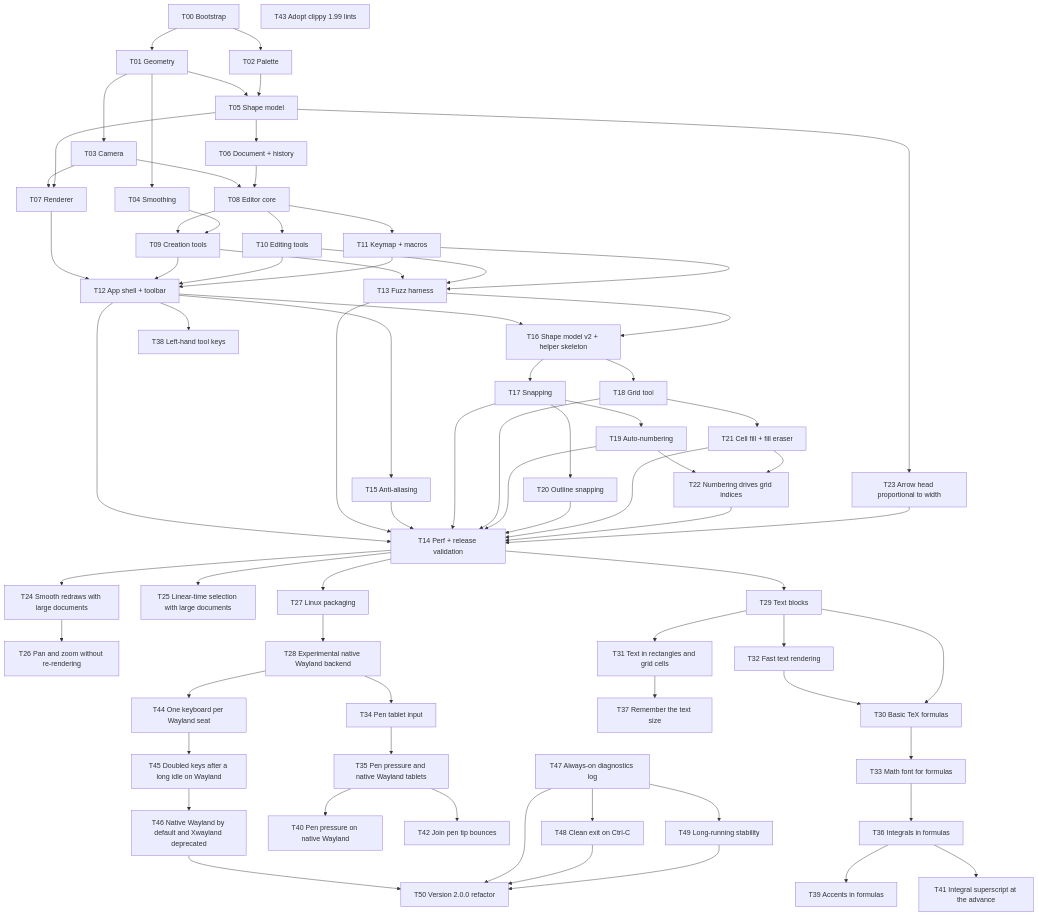
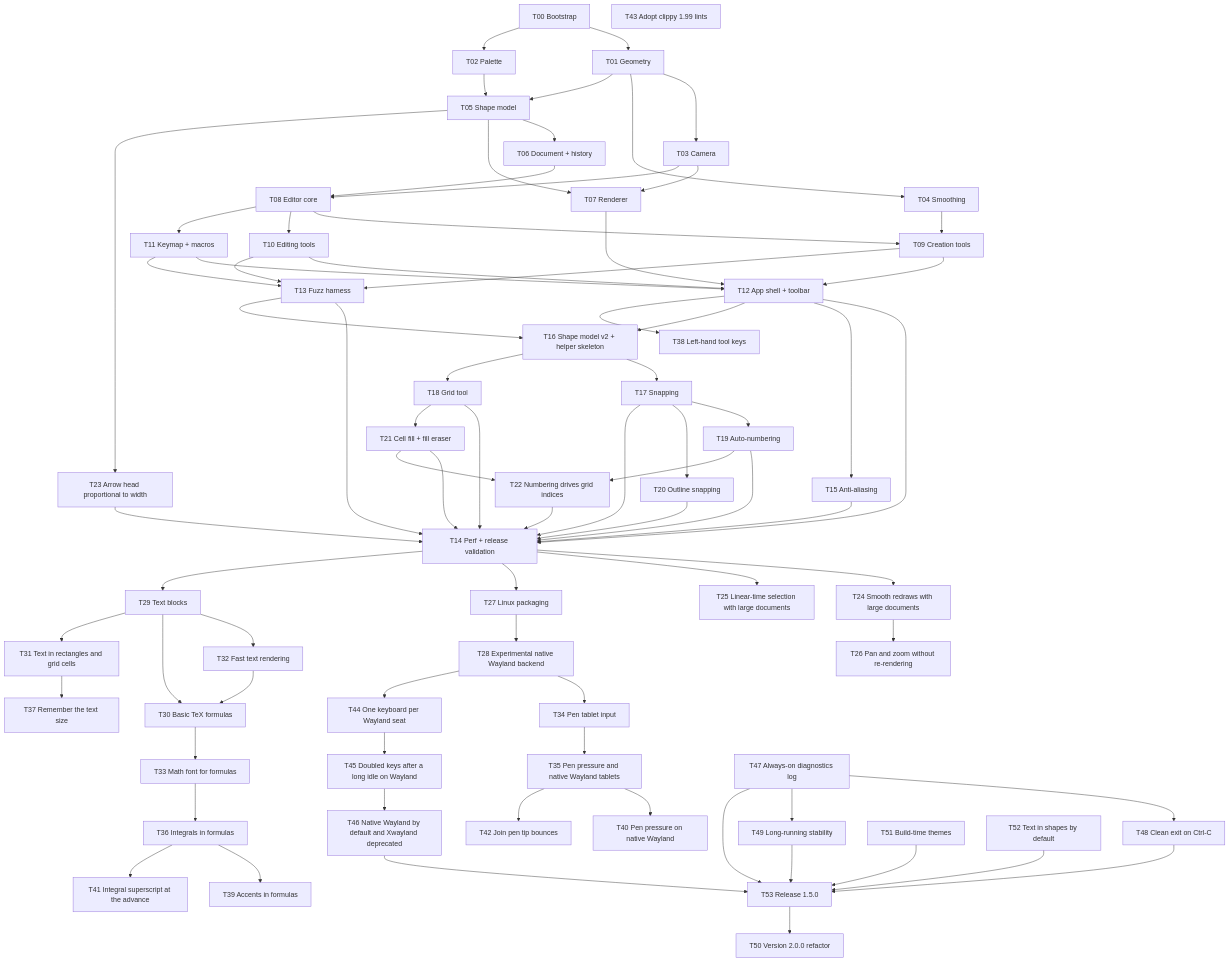
Before and after one commit to UmBender/draw: the diagram in docs/tasks/Task Board.md, drawn with Mermaid. The commit also changed other lines of this file and 4 other files, not shown here.

````diff
--- a/docs/tasks/Task Board.md
+++ b/docs/tasks/Task Board.md
@@ -12,76 +12,81 @@
 ```mermaid
 flowchart TD
   T00[T00 Bootstrap] --> T01[T01 Geometry]
   T00 --> T02[T02 Palette]
   T01 --> T03[T03 Camera]
   T01 --> T04[T04 Smoothing]
   T01 --> T05[T05 Shape model]
   T02 --> T05
   T05 --> T06[T06 Document + history]
   T03 --> T07[T07 Renderer]
   T05 --> T07
   T03 --> T08[T08 Editor core]
   T06 --> T08
   T08 --> T09[T09 Creation tools]
   T04 --> T09
   T08 --> T10[T10 Editing tools]
   T08 --> T11[T11 Keymap + macros]
   T07 --> T12[T12 App shell + toolbar]
   T09 --> T12
   T10 --> T12
   T11 --> T12
   T09 --> T13[T13 Fuzz harness]
   T10 --> T13
   T11 --> T13
   T12 --> T14[T14 Perf + release validation]
   T13 --> T14
   T12 --> T15[T15 Anti-aliasing]
   T12 --> T16[T16 Shape model v2 + helper skeleton]
   T13 --> T16
   T16 --> T17[T17 Snapping]
   T16 --> T18[T18 Grid tool]
   T17 --> T19[T19 Auto-numbering]
   T17 --> T20[T20 Outline snapping]
   T15 --> T14
   T17 --> T14
   T18 --> T14
   T19 --> T14
   T20 --> T14
   T18 --> T21[T21 Cell fill + fill eraser]
   T21 --> T14
   T19 --> T22[T22 Numbering drives grid indices]
   T21 --> T22
   T22 --> T14
   T05 --> T23[T23 Arrow head proportional to width]
   T23 --> T14
   T14 --> T24[T24 Smooth redraws with large documents]
   T14 --> T25[T25 Linear-time selection with large documents]
   T24 --> T26[T26 Pan and zoom without re-rendering]
   T14 --> T27[T27 Linux packaging]
   T27 --> T28[T28 Experimental native Wayland backend]
   T14 --> T29[T29 Text blocks]
   T29 --> T32[T32 Fast text rendering]
   T32 --> T30[T30 Basic TeX formulas]
   T29 --> T30
   T29 --> T31[T31 Text in rectangles and grid cells]
   T30 --> T33[T33 Math font for formulas]
   T28 --> T34[T34 Pen tablet input]
   T34 --> T35[T35 Pen pressure and native Wayland tablets]
   T33 --> T36[T36 Integrals in formulas]
   T31 --> T37[T37 Remember the text size]
   T12 --> T38[T38 Left-hand tool keys]
   T36 --> T39[T39 Accents in formulas]
   T35 --> T40[T40 Pen pressure on native Wayland]
   T36 --> T41[T41 Integral superscript at the advance]
   T35 --> T42[T42 Join pen tip bounces]
   T43[T43 Adopt clippy 1.99 lints]
   T28 --> T44[T44 One keyboard per Wayland seat]
   T44 --> T45[T45 Doubled keys after a long idle on Wayland]
   T45 --> T46[T46 Native Wayland by default and Xwayland deprecated]
   T47[T47 Always-on diagnostics log] --> T48[T48 Clean exit on Ctrl-C]
   T47 --> T49[T49 Long-running stability]
-  T46 --> T50[T50 Version 2.0.0 refactor]
-  T47 --> T50
-  T48 --> T50
-  T49 --> T50
+  T51[T51 Build-time themes]
+  T52[T52 Text in shapes by default]
+  T46 --> T53[T53 Release 1.5.0]
+  T47 --> T53
+  T48 --> T53
+  T49 --> T53
+  T51 --> T53
+  T52 --> T53
+  T53 --> T50[T50 Version 2.0.0 refactor]
 ```
````
